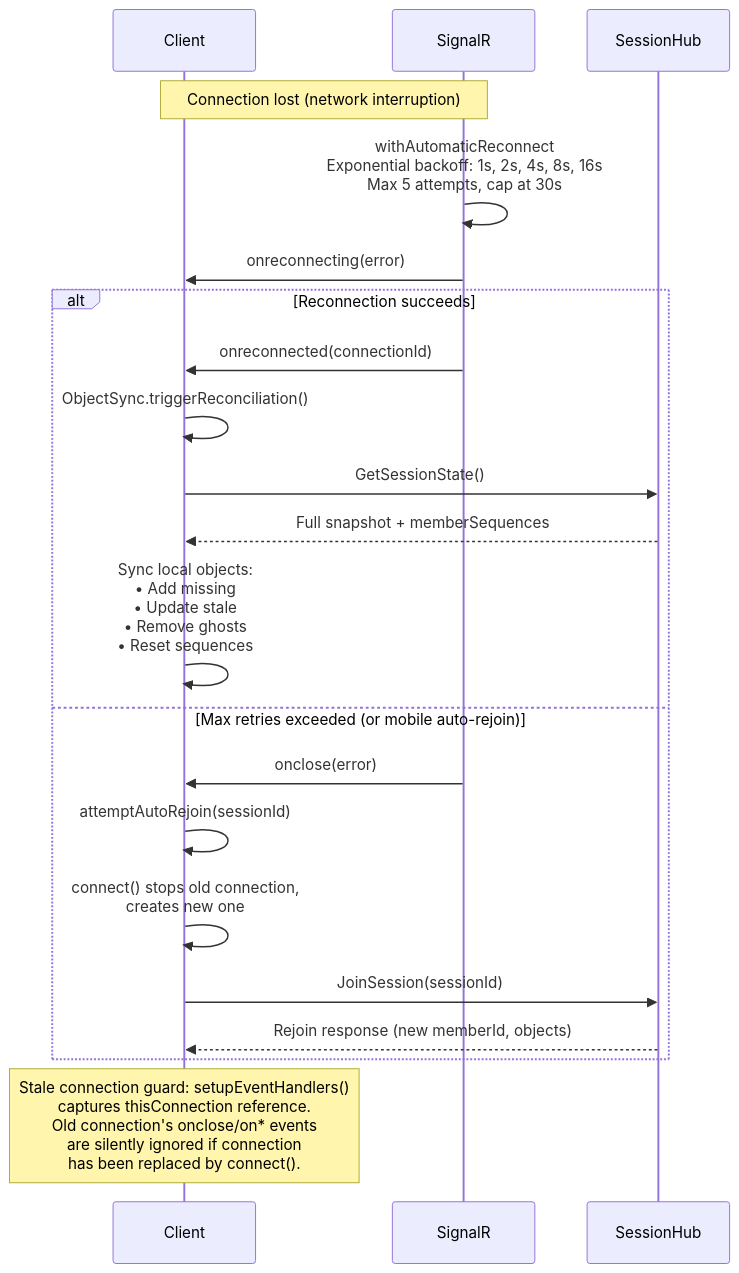
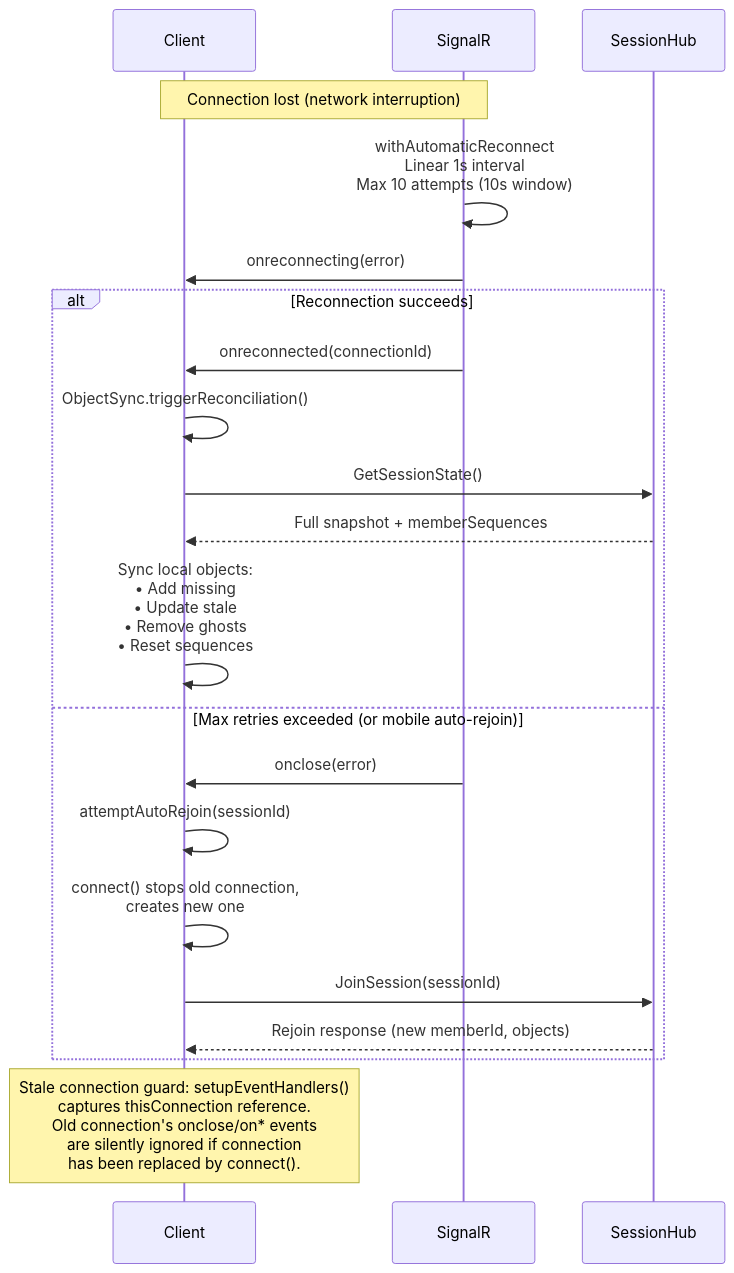
Diagram 29 of 32 in ARCHITECTURE.md (badvoidstar/asteroids), drawn with Mermaid before and after one commit. The commit also changed other lines of this file and 3 other files, not shown here.

First line of the commit message:
recovery: reduce SignalR timeouts and switch to linear reconnect

````diff
--- a/ARCHITECTURE.md
+++ b/ARCHITECTURE.md
@@ -757,28 +757,28 @@
 ```mermaid
 sequenceDiagram
     participant C as Client
     participant SR as SignalR
     participant HUB as SessionHub
 
     Note over C,SR: Connection lost (network interruption)
 
-    SR->>SR: withAutomaticReconnect<br/>Exponential backoff: 1s, 2s, 4s, 8s, 16s<br/>Max 5 attempts, cap at 30s
+    SR->>SR: withAutomaticReconnect<br/>Linear 1s interval<br/>Max 10 attempts (10s window)
 
     SR->>C: onreconnecting(error)
 
     alt Reconnection succeeds
         SR->>C: onreconnected(connectionId)
         C->>C: ObjectSync.triggerReconciliation()
         C->>HUB: GetSessionState()
         HUB-->>C: Full snapshot + memberSequences
         C->>C: Sync local objects:<br/>• Add missing<br/>• Update stale<br/>• Remove ghosts<br/>• Reset sequences
     else Max retries exceeded (or mobile auto-rejoin)
         SR->>C: onclose(error)
         C->>C: attemptAutoRejoin(sessionId)
         C->>C: connect() stops old connection,<br/>creates new one
         C->>HUB: JoinSession(sessionId)
         HUB-->>C: Rejoin response (new memberId, objects)
     end
 
     Note over C: Stale connection guard: setupEventHandlers()<br/>captures thisConnection reference.<br/>Old connection's onclose/on* events<br/>are silently ignored if connection<br/>has been replaced by connect().
 ```
````
